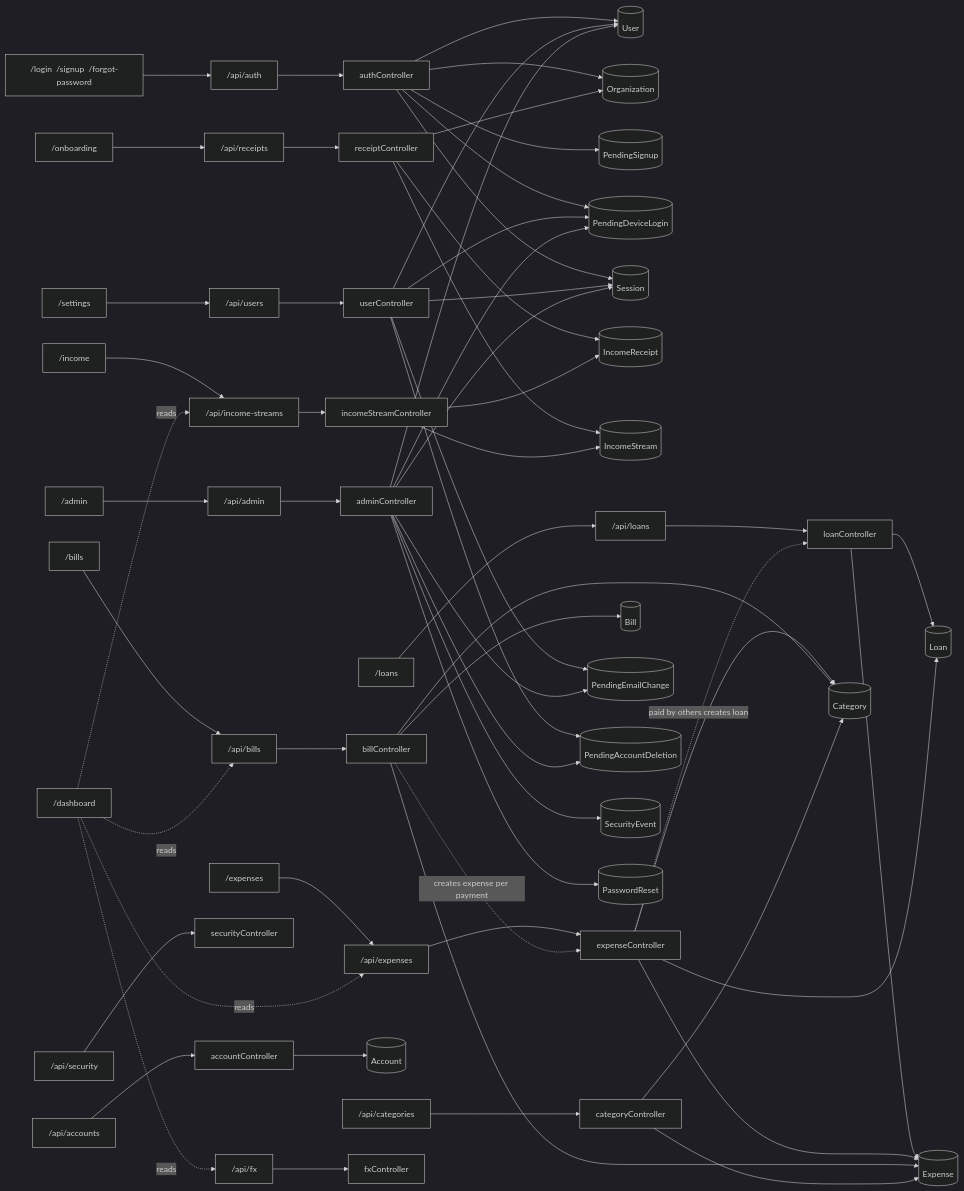
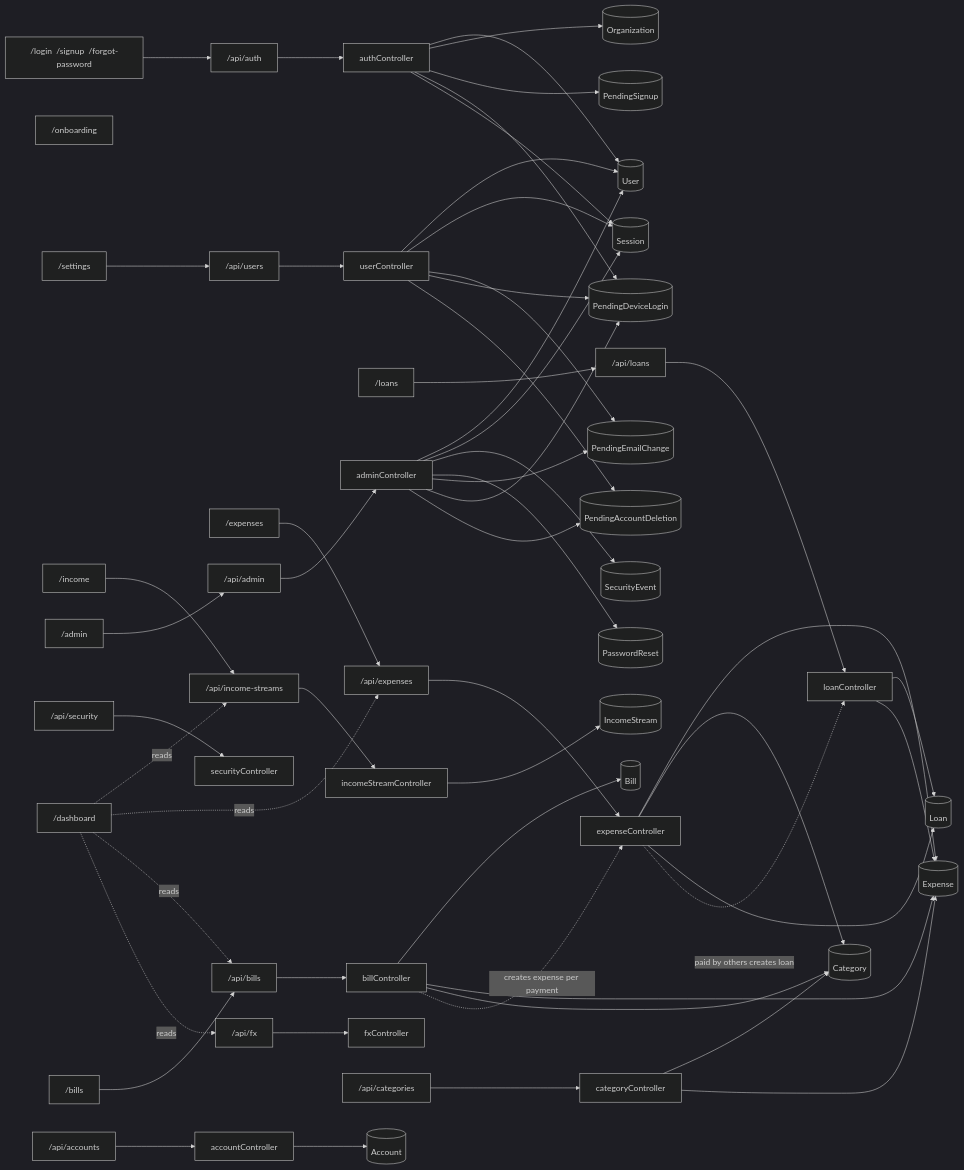
The second of 2 diagrams in docs/APP-MAP.md (MuhammadAliMinhas66X/VaultriX), drawn with Mermaid (dark theme) before and after one commit. The commit also changed other lines of this file and 1 other file, not shown here.

````diff
--- a/docs/APP-MAP.md
+++ b/docs/APP-MAP.md
@@ -21,67 +21,62 @@
 ```mermaid
 flowchart LR
   P_auth["/login  /signup  /forgot-password"] --> A_auth["/api/auth"]
   A_auth --> K_auth["authController"]
   K_auth --> M_User[("User")]
   K_auth --> M_Organization[("Organization")]
   K_auth --> M_PendingSignup[("PendingSignup")]
   K_auth --> M_PendingDeviceLogin[("PendingDeviceLogin")]
   K_auth --> M_Session[("Session")]
-  P_shared["/onboarding"] --> A_shared["/api/receipts"]
-  A_shared --> K_shared["receiptController"]
-  K_shared --> M_IncomeReceipt[("IncomeReceipt")]
-  K_shared --> M_IncomeStream[("IncomeStream")]
-  K_shared --> M_Organization[("Organization")]
+  P_shared["/onboarding"]
   P_dashboard["/dashboard"]
   P_income["/income"] --> A_income["/api/income-streams"]
   A_income --> K_income["incomeStreamController"]
-  K_income --> M_IncomeReceipt[("IncomeReceipt")]
   K_income --> M_IncomeStream[("IncomeStream")]
   P_loans["/loans"] --> A_loans["/api/loans"]
   A_loans --> K_loans["loanController"]
   K_loans --> M_Loan[("Loan")]
   K_loans --> M_Expense[("Expense")]
   P_expenses["/expenses"] --> A_expenses["/api/expenses"]
   A_expenses --> K_expenses["expenseController"]
   K_expenses --> M_Expense[("Expense")]
   K_expenses --> M_Category[("Category")]
   K_expenses --> M_Loan[("Loan")]
   P_bills["/bills"] --> A_bills["/api/bills"]
   A_bills --> K_bills["billController"]
   K_bills --> M_Bill[("Bill")]
   K_bills --> M_Expense[("Expense")]
   K_bills --> M_Category[("Category")]
   P_settings["/settings"] --> A_settings["/api/users"]
   A_settings --> K_settings["userController"]
   K_settings --> M_User[("User")]
   K_settings --> M_Session[("Session")]
   K_settings --> M_PendingEmailChange[("PendingEmailChange")]
   K_settings --> M_PendingDeviceLogin[("PendingDeviceLogin")]
   K_settings --> M_PendingAccountDeletion[("PendingAccountDeletion")]
   P_admin["/admin"] --> A_admin["/api/admin"]
   A_admin --> K_admin["adminController"]
   K_admin --> M_User[("User")]
   K_admin --> M_Session[("Session")]
   K_admin --> M_SecurityEvent[("SecurityEvent")]
   K_admin --> M_PasswordReset[("PasswordReset")]
   K_admin --> M_PendingEmailChange[("PendingEmailChange")]
   K_admin --> M_PendingDeviceLogin[("PendingDeviceLogin")]
   K_admin --> M_PendingAccountDeletion[("PendingAccountDeletion")]
   A_security["/api/security"]
   A_security --> K_security["securityController"]
   A_accounts["/api/accounts"]
   A_accounts --> K_accounts["accountController"]
   K_accounts --> M_Account[("Account")]
   A_categories["/api/categories"]
   A_categories --> K_categories["categoryController"]
   K_categories --> M_Category[("Category")]
   K_categories --> M_Expense[("Expense")]
   A_rates["/api/fx"]
   A_rates --> K_rates["fxController"]
   P_dashboard -. reads .-> A_income
   P_dashboard -. reads .-> A_expenses
   P_dashboard -. reads .-> A_bills
   P_dashboard -. reads .-> A_rates
   K_bills -. creates expense per payment .-> K_expenses
   K_expenses -. paid by others creates loan .-> K_loans
 ```
````
